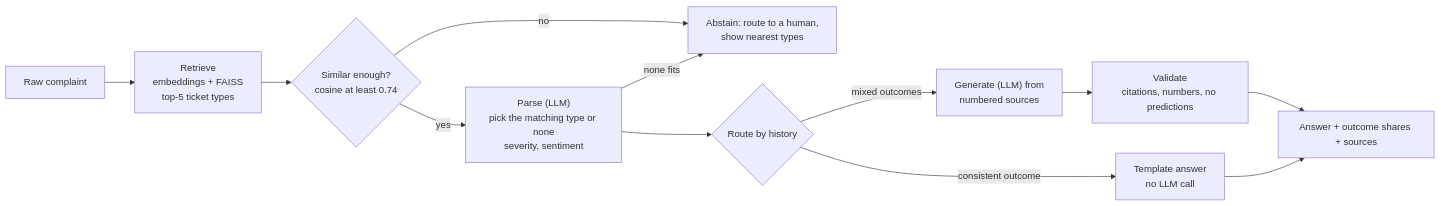
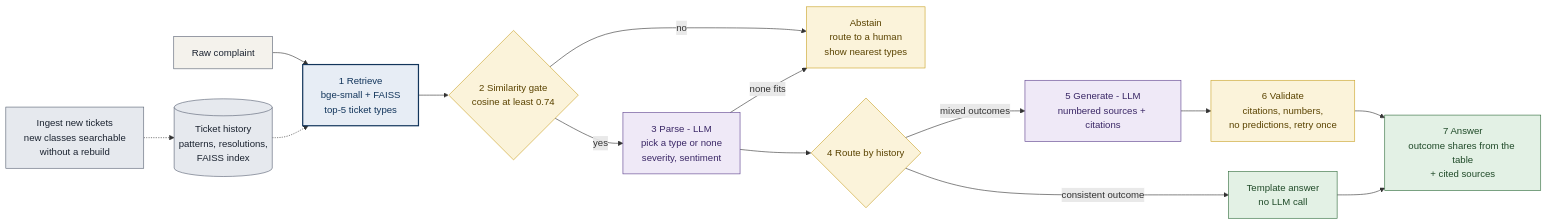
The diagram in README.md (Ankith-55/prodapt-rag), drawn with Mermaid before and after one commit. The commit also changed other lines of this file and 10 other files, not shown here.

````diff
--- a/README.md
+++ b/README.md
@@ -22,14 +33,22 @@
 ```mermaid
 flowchart LR
-  Q["Raw complaint"] --> R["Retrieve<br/>embeddings + FAISS<br/>top-5 ticket types"]
-  R --> G{"Similar enough?<br/>cosine at least 0.74"}
-  G -- "no" --> A["Abstain: route to a human,<br/>show nearest types"]
-  G -- "yes" --> P["Parse (LLM)<br/>pick the matching type or none<br/>severity, sentiment"]
+  Q["Raw complaint"]:::input --> R["1 Retrieve<br/>bge-small + FAISS<br/>top-5 ticket types"]:::retrieval
+  R --> G{"2 Similarity gate<br/>cosine at least 0.74"}:::guard
+  G -- "no" --> A["Abstain<br/>route to a human<br/>show nearest types"]:::guard
+  G -- "yes" --> P["3 Parse - LLM<br/>pick a type or none<br/>severity, sentiment"]:::llm
   P -- "none fits" --> A
-  P --> T{"Route by history"}
-  T -- "consistent outcome" --> TPL["Template answer<br/>no LLM call"]
-  T -- "mixed outcomes" --> GEN["Generate (LLM) from<br/>numbered sources"]
-  GEN --> V["Validate<br/>citations, numbers, no predictions"]
-  V --> OUT["Answer + outcome shares + sources"]
+  P --> T{"4 Route by history"}:::guard
+  T -- "consistent outcome" --> TPL["Template answer<br/>no LLM call"]:::output
+  T -- "mixed outcomes" --> GEN["5 Generate - LLM<br/>numbered sources + citations"]:::llm
+  GEN --> V["6 Validate<br/>citations, numbers,<br/>no predictions, retry once"]:::guard
+  V --> OUT["7 Answer<br/>outcome shares from the table<br/>+ cited sources"]:::output
   TPL --> OUT
+  DATA[("Ticket history<br/>patterns, resolutions,<br/>FAISS index")]:::store -.-> R
+  ING["Ingest new tickets<br/>new classes searchable<br/>without a rebuild"]:::store -.-> DATA
+  classDef input fill:#f4f2ec,stroke:#586172,color:#1b2330;
+  classDef retrieval fill:#e7edf5,stroke:#12355b,color:#12355b,stroke-width:2px;
+  classDef llm fill:#efe9f7,stroke:#5b3f8c,color:#3a2766;
+  classDef guard fill:#fbf3da,stroke:#c9a227,color:#5a4300;
+  classDef output fill:#e3f1e5,stroke:#2f6b3a,color:#1f4a28;
+  classDef store fill:#e6e9ee,stroke:#586172,color:#1b2330;
 ```
````
